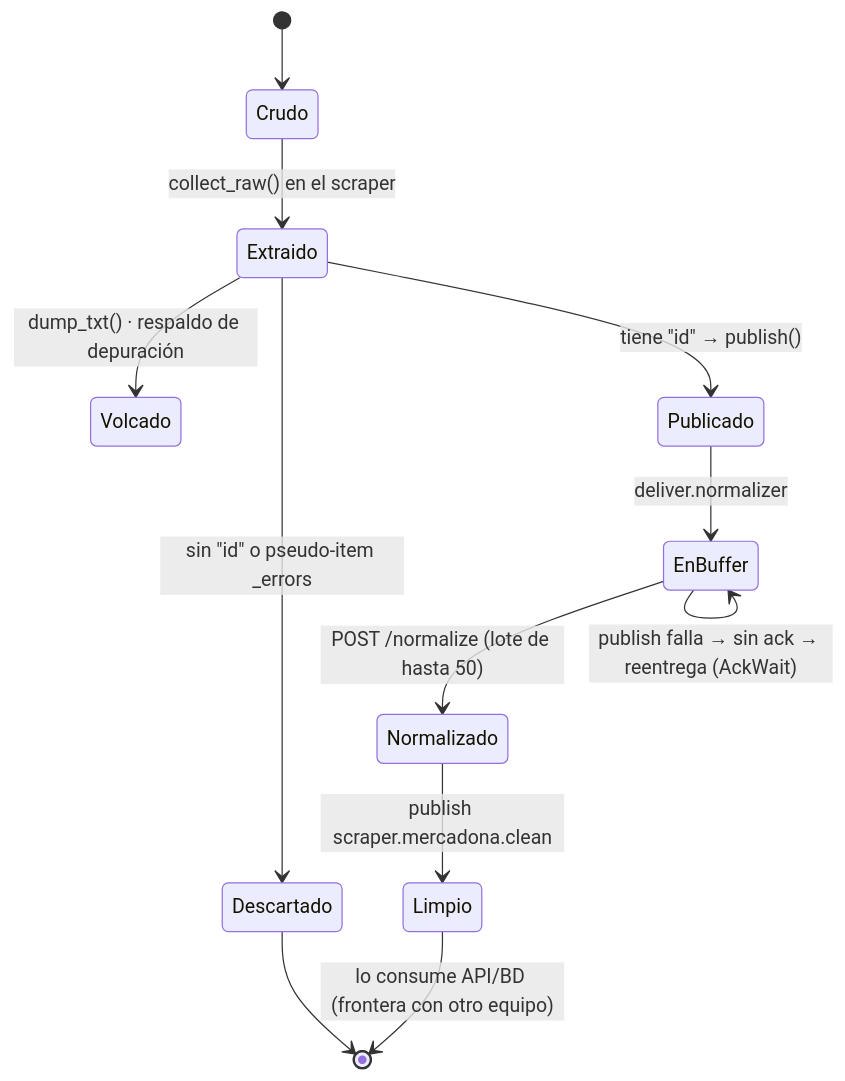
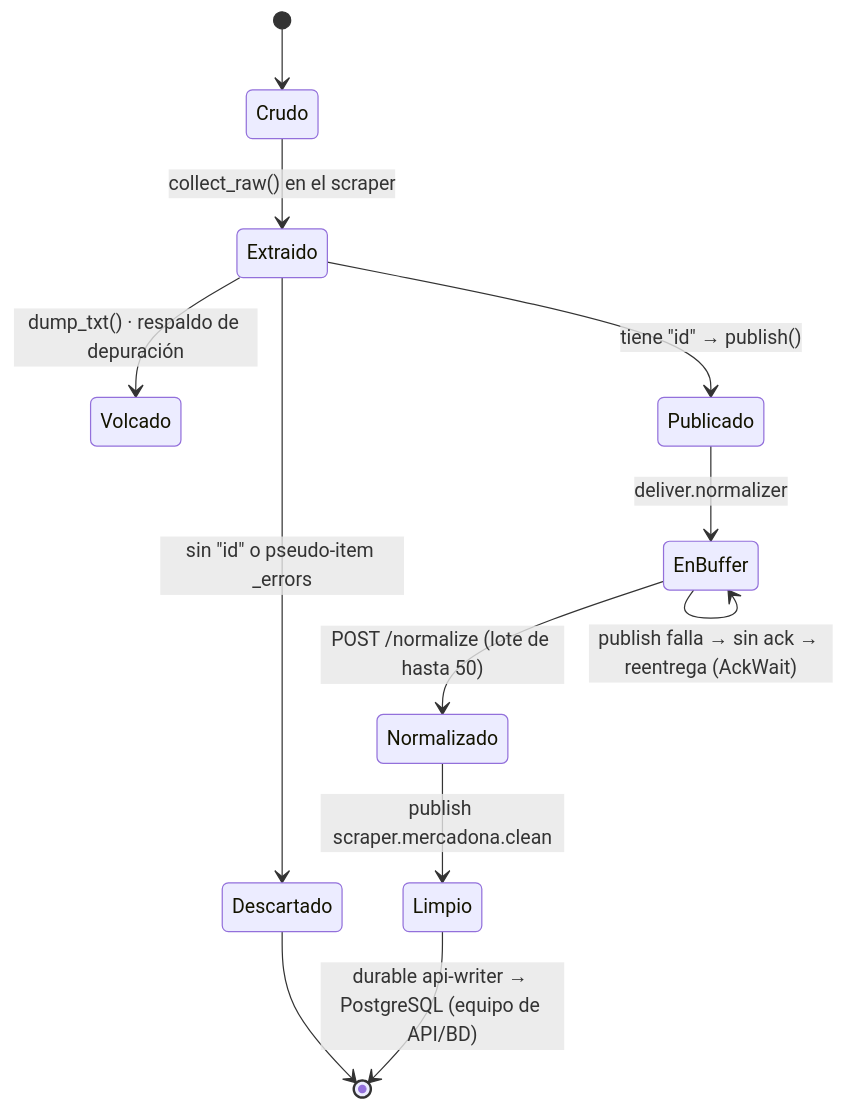
The second of 3 diagrams in flujo-entrada/docs/02-flujo-datos.md (TheMinimalOwl/PTI-Q26-27-TARDOR), drawn with Mermaid before and after one commit. The commit also changed 31 other files, not shown here.

````diff
--- a/flujo-entrada/docs/02-flujo-datos.md
+++ b/flujo-entrada/docs/02-flujo-datos.md
@@ -47,15 +47,15 @@
 ```mermaid
 stateDiagram-v2
   [*] --> Crudo
   Crudo --> Extraido: collect_raw() en el scraper
   Extraido --> Volcado: dump_txt() · respaldo de depuración
   Extraido --> Publicado: tiene "id" → publish()
   Extraido --> Descartado: sin "id" o pseudo-item _errors
   Descartado --> [*]
 
   Publicado --> EnBuffer: deliver.normalizer
   EnBuffer --> EnBuffer: publish falla → sin ack → reentrega (AckWait)
   EnBuffer --> Normalizado: POST /normalize (lote de hasta 50)
   Normalizado --> Limpio: publish scraper.mercadona.clean
-  Limpio --> [*]: lo consume API/BD (frontera con otro equipo)
+  Limpio --> [*]: durable api-writer → PostgreSQL (equipo de API/BD)
 ```
````
